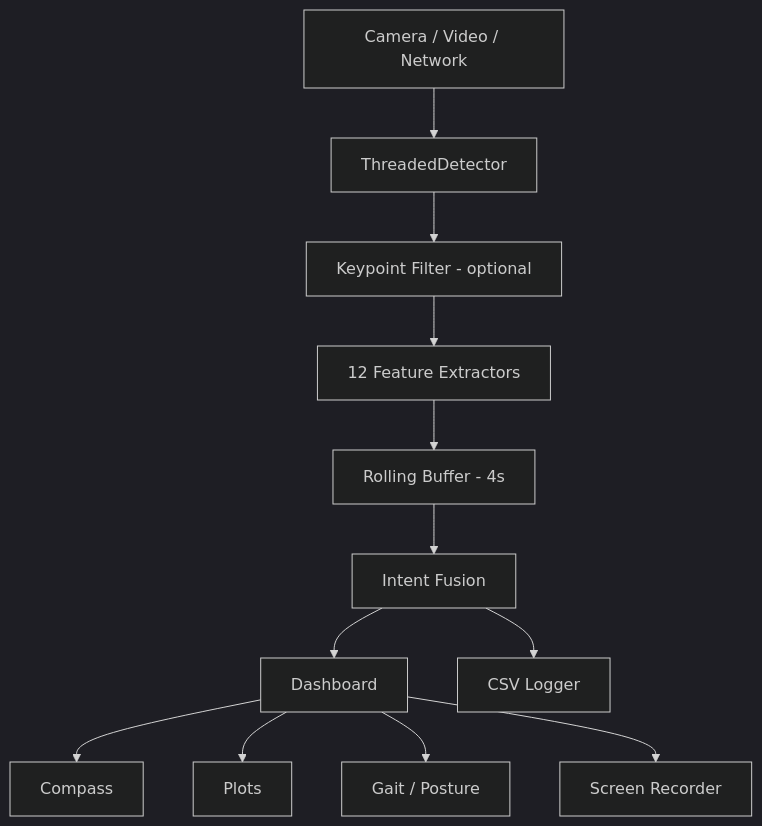
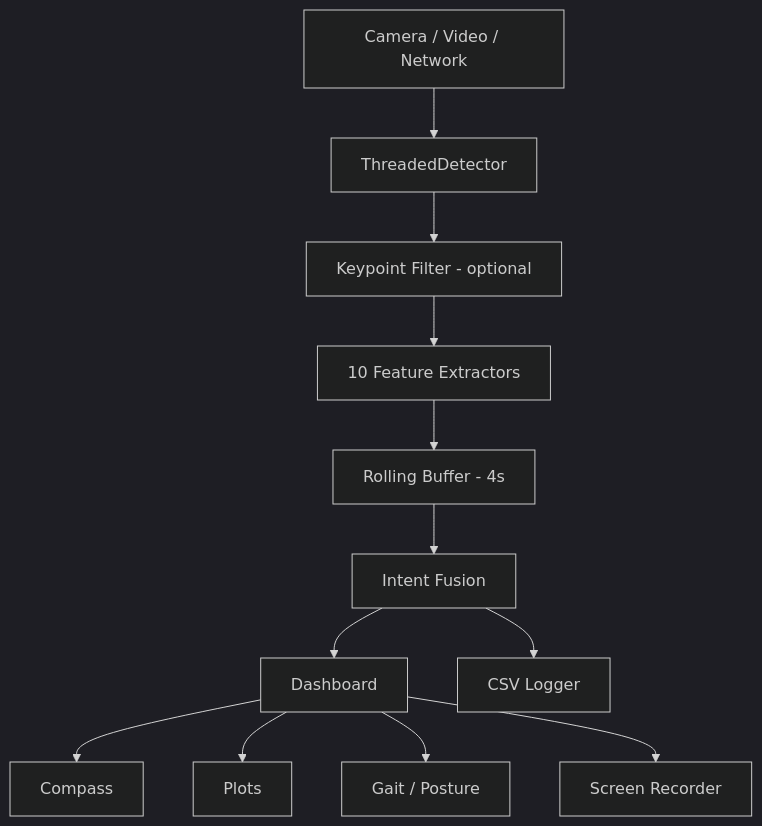
Before and after one commit to Erfanatf/single_ped_rot_intent_pred: the first of 5 diagrams in README.md, drawn with Mermaid (dark theme). The commit also changed other lines of this file, not shown here.

````diff
--- a/README.md
+++ b/README.md
@@ -25,14 +25,14 @@
 ```mermaid
 graph TD
     A[Camera / Video / Network] --> B[ThreadedDetector]
     B --> C[Keypoint Filter - optional]
-    C --> D[12 Feature Extractors]
+    C --> D[10 Feature Extractors]
     D --> E[Rolling Buffer - 4s]
     E --> F[Intent Fusion]
     F --> G[Dashboard]
     G --> H[Compass]
     G --> I[Plots]
     G --> J[Gait / Posture]
     F --> K[CSV Logger]
     G --> L[Screen Recorder]
 ```
````
